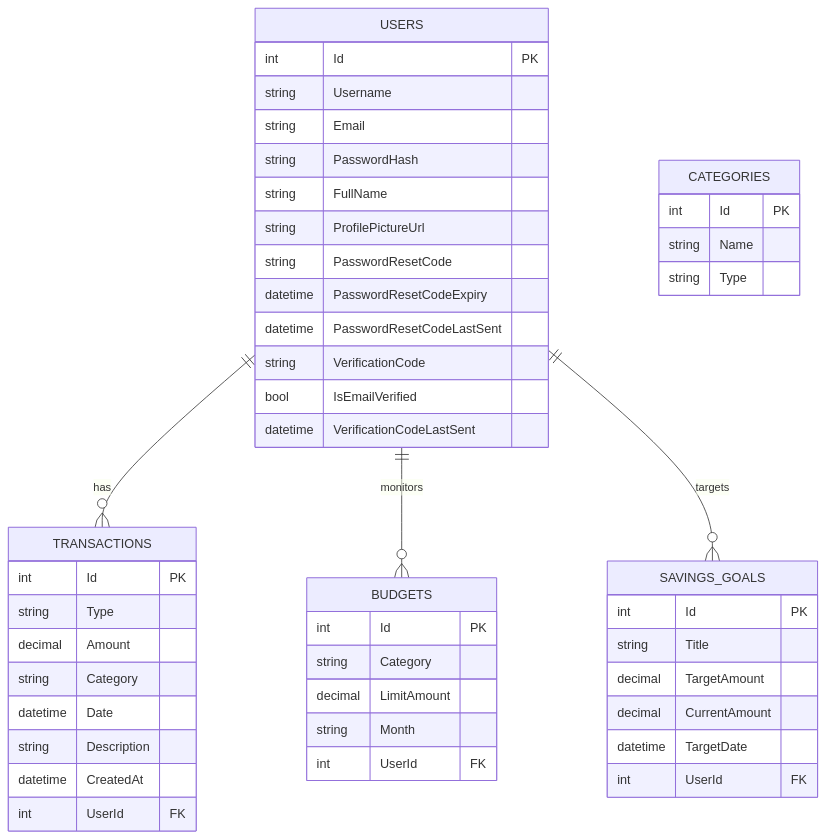
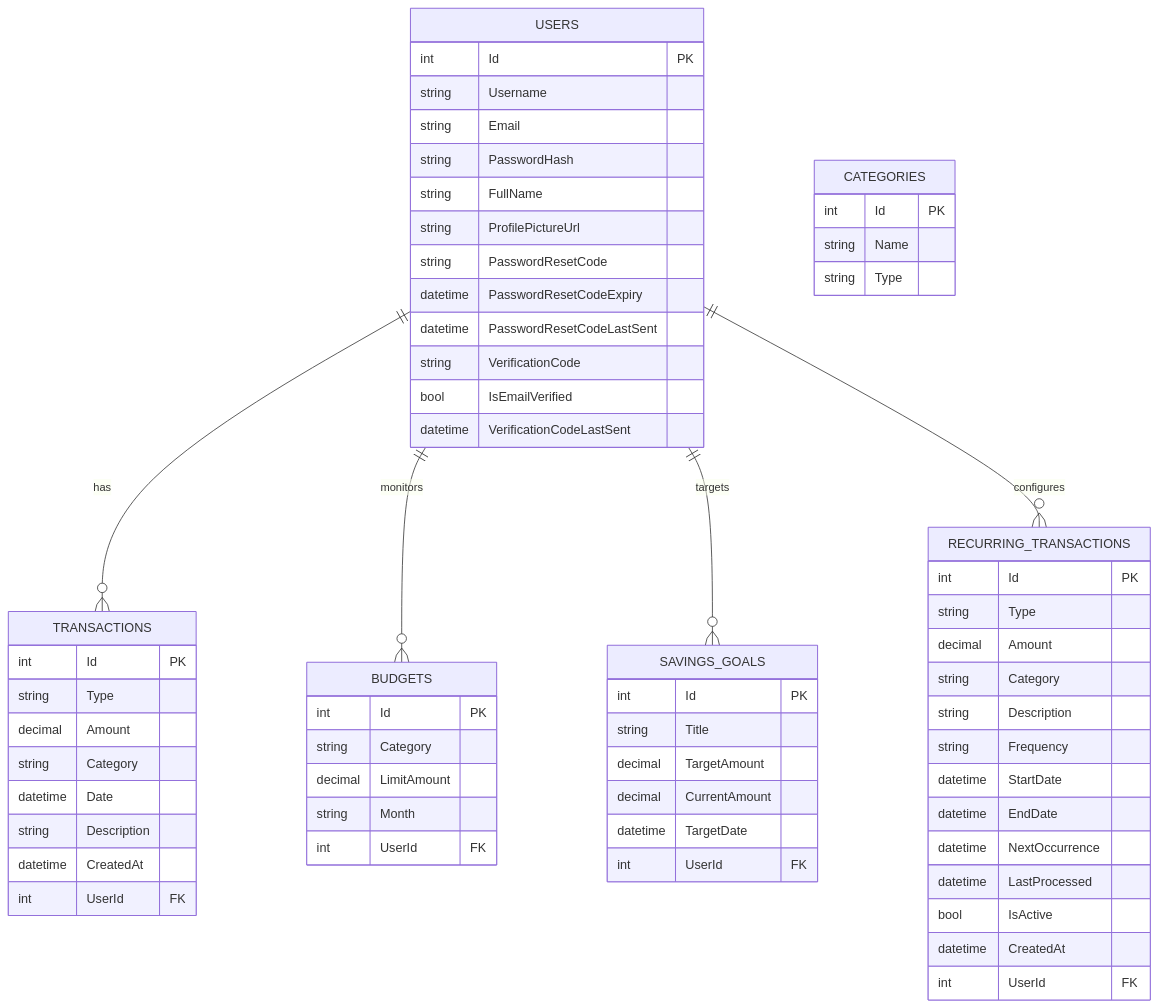
One commit to ductindang/Personal_Finance_Tracker changed the second of 3 diagrams in PROJECT_GUIDE.md. Above: the diagram before and after it, drawn with Mermaid. The commit also changed other lines of this file and 9 other files, not shown here.

Commit message:
Ticket Anti-34: Create Recurring Transactions function

````diff
--- a/PROJECT_GUIDE.md
+++ b/PROJECT_GUIDE.md
@@ -57,51 +57,67 @@
 ```mermaid
 erDiagram
     USERS {
         int Id PK
         string Username
         string Email
         string PasswordHash
         string FullName
         string ProfilePictureUrl
         string PasswordResetCode
         datetime PasswordResetCodeExpiry
         datetime PasswordResetCodeLastSent
         string VerificationCode
         bool IsEmailVerified
         datetime VerificationCodeLastSent
     }
     TRANSACTIONS {
         int Id PK
         string Type
         decimal Amount
         string Category
         datetime Date
         string Description
         datetime CreatedAt
         int UserId FK
     }
     BUDGETS {
         int Id PK
         string Category
         decimal LimitAmount
         string Month
         int UserId FK
     }
     SAVINGS_GOALS {
         int Id PK
         string Title
         decimal TargetAmount
         decimal CurrentAmount
         datetime TargetDate
         int UserId FK
     }
     CATEGORIES {
         int Id PK
         string Name
         string Type
     }
+    RECURRING_TRANSACTIONS {
+        int Id PK
+        string Type
+        decimal Amount
+        string Category
+        string Description
+        string Frequency
+        datetime StartDate
+        datetime EndDate
+        datetime NextOccurrence
+        datetime LastProcessed
+        bool IsActive
+        datetime CreatedAt
+        int UserId FK
+    }
 
     USERS ||--o{ TRANSACTIONS : has
     USERS ||--o{ BUDGETS : monitors
     USERS ||--o{ SAVINGS_GOALS : targets
+    USERS ||--o{ RECURRING_TRANSACTIONS : configures
 ```
````
